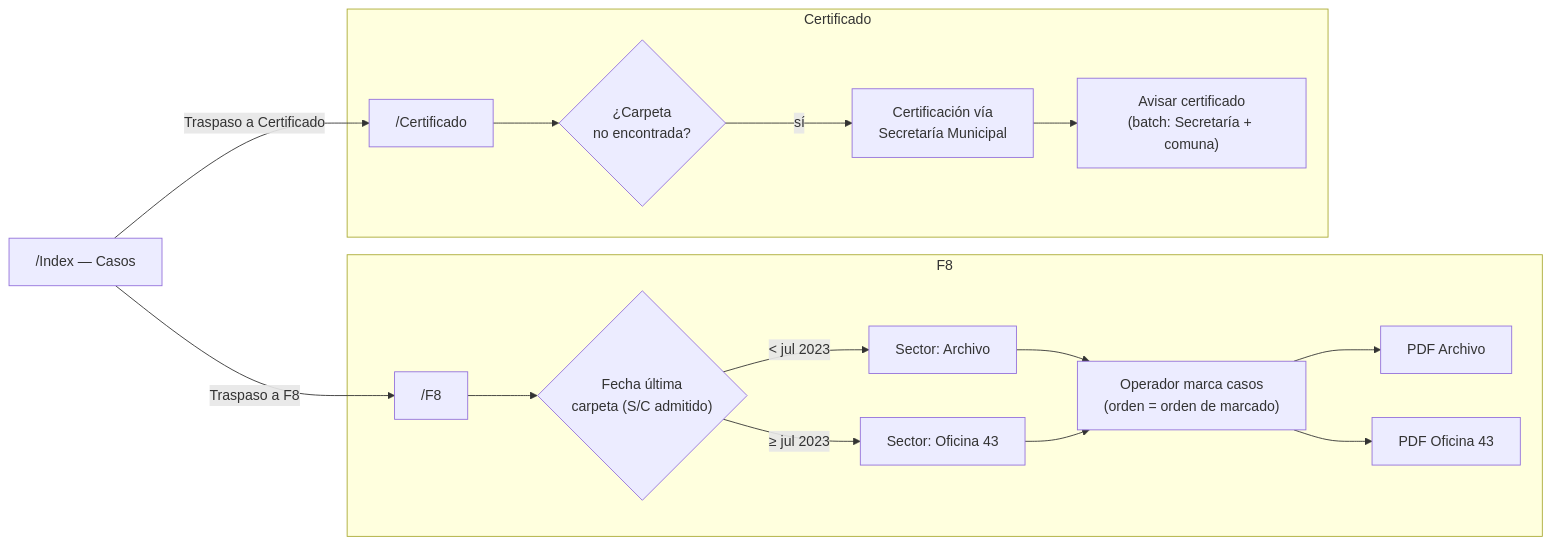
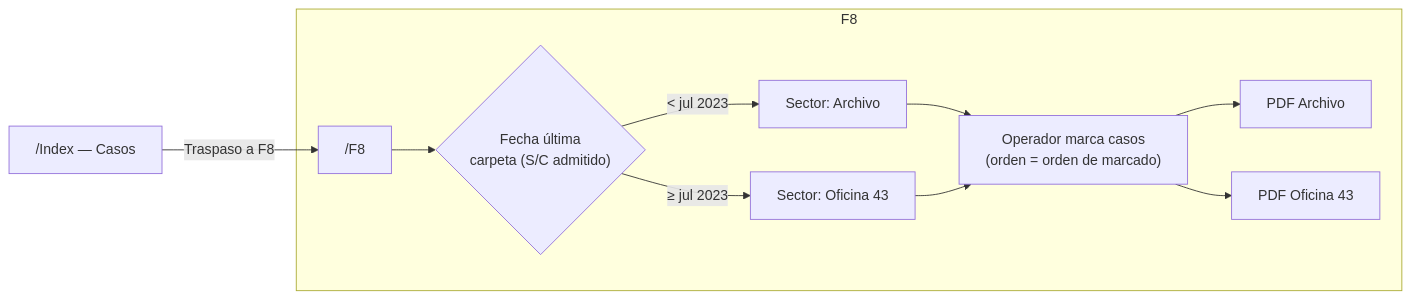
One commit to corsal2025/cambio-de-domicilio changed the fourth of 6 diagrams in docs/diagrama-sistema.md. Above: the diagram before and after it, drawn with Mermaid. The commit also changed other lines of this file and 67 other files, not shown here.

````diff
--- a/docs/diagrama-sistema.md
+++ b/docs/diagrama-sistema.md
@@ -107,21 +105,14 @@
 ```mermaid
 flowchart LR
     CASOS["/Index — Casos"] -->|"Traspaso a F8"| F8["/F8"]
-    CASOS -->|"Traspaso a Certificado"| CERT["/Certificado"]
 
     subgraph F8flow["F8"]
         F8 --> F8sector{"Fecha última<br/>carpeta (S/C admitido)"}
         F8sector -->|"< jul 2023"| ARCH["Sector: Archivo"]
         F8sector -->|"≥ jul 2023"| OF43["Sector: Oficina 43"]
         ARCH --> MARCA["Operador marca casos<br/>(orden = orden de marcado)"]
         OF43 --> MARCA
         MARCA --> PDFARCH["PDF Archivo"]
         MARCA --> PDFOF43["PDF Oficina 43"]
     end
-
-    subgraph CERTflow["Certificado"]
-        CERT --> FN{"¿Carpeta<br/>no encontrada?"}
-        FN -->|sí| SECMU["Certificación vía<br/>Secretaría Municipal"]
-        SECMU --> NOTIF["Avisar certificado<br/>(batch: Secretaría + comuna)"]
-    end
 ```
````
